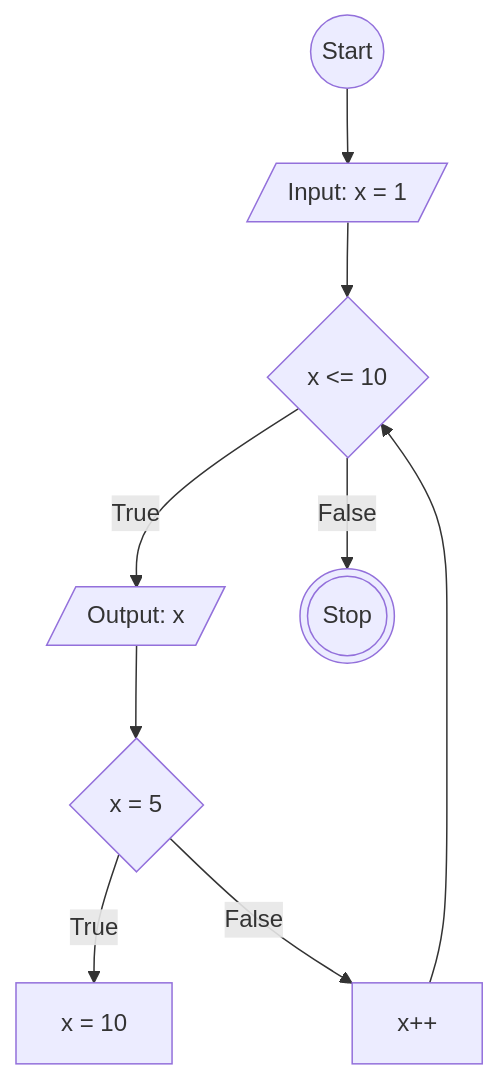
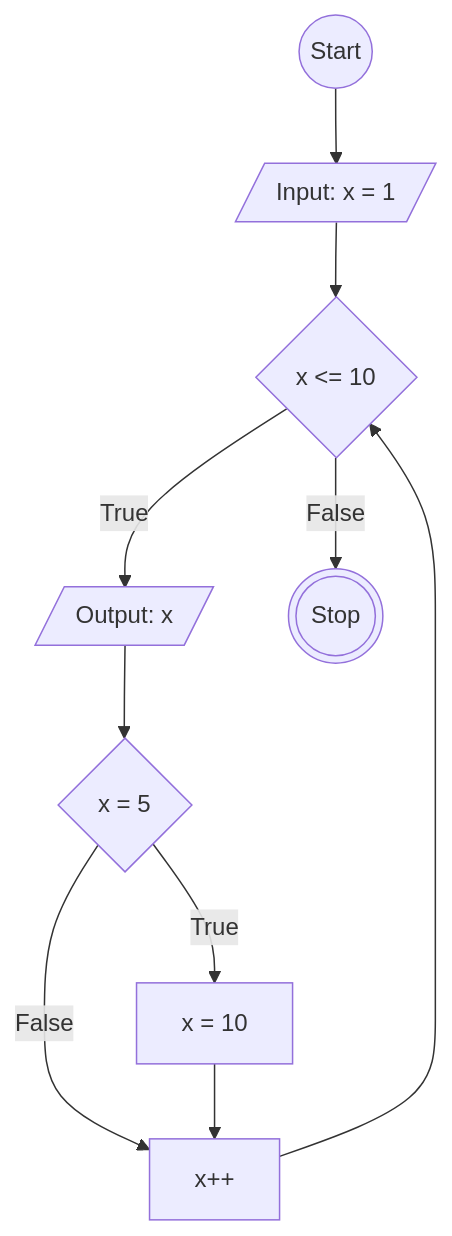
Before and after one commit to Vincentius31/koda-b6-javascript1: the diagram in flowchart-loop.md, drawn with Mermaid.

````diff
--- a/flowchart-loop.md
+++ b/flowchart-loop.md
@@ -1,18 +1,19 @@
 ```mermaid
 flowchart TD
 idStart((Start))
 idInisialisasi[/Input: x = 1/]
 idKondisi{x <= 10}
 idProses[/Output: x/]
 idKondisi2{x = 5}
 idKondisi2True[x = 10]
 idKondisi2False[x++]
 idStop(((Stop)))
 
 idStart --> idInisialisasi --> idKondisi
 idKondisi -- True --> idProses --> idKondisi2
 idKondisi -- False --> idStop
 idKondisi2 -- True --> idKondisi2True
 idKondisi2 -- False --> idKondisi2False
 idKondisi2False --> idKondisi
+idKondisi2True --> idKondisi2False
 ```
````
